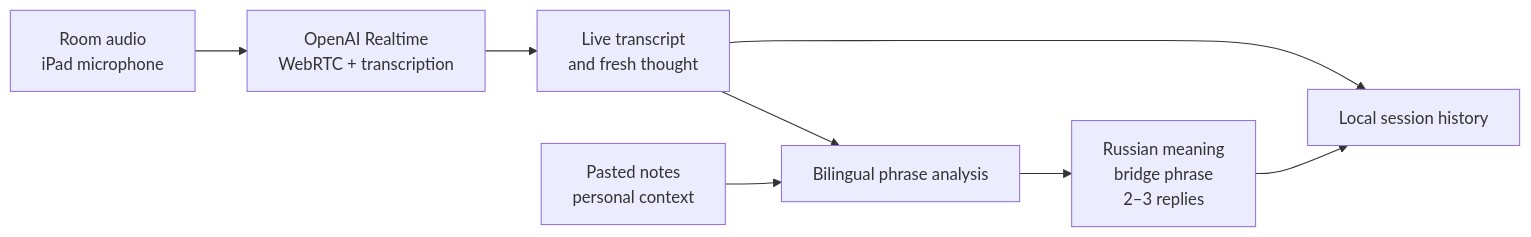
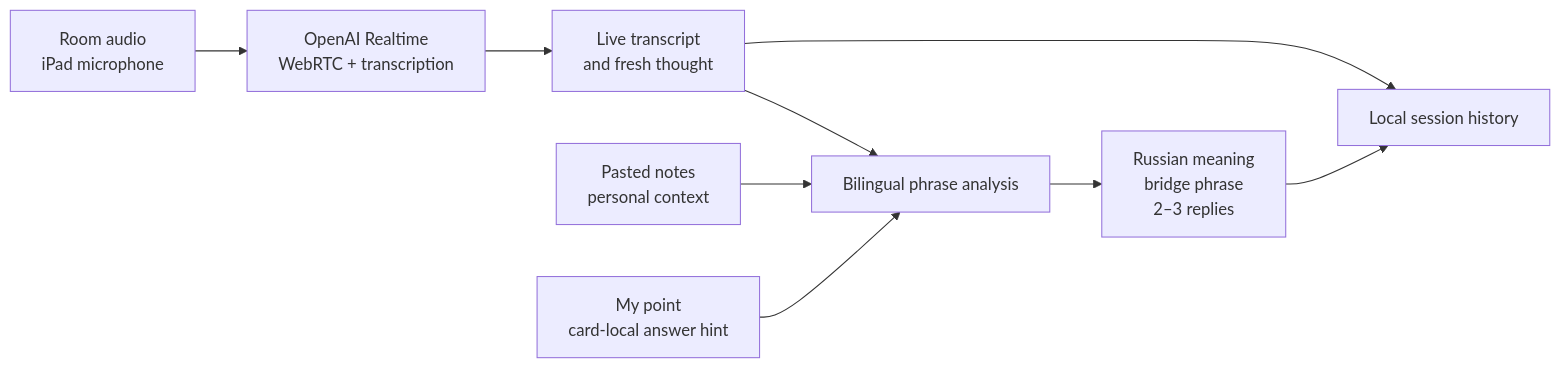
One commit to filimo/EchoGuide.ai changed the diagram in README.md. Above: the diagram before and after it, drawn with Mermaid. The commit also changed other lines of this file and 14 other files, not shown here.

First line of the commit message:
Add card-local answer hints

````diff
--- a/README.md
+++ b/README.md
@@ -48,10 +50,11 @@
 ```mermaid
 flowchart LR
     A["Room audio<br/>iPad microphone"] --> B["OpenAI Realtime<br/>WebRTC + transcription"]
     B --> C["Live transcript<br/>and fresh thought"]
     D["Pasted notes<br/>personal context"] --> E["Bilingual phrase analysis"]
+    P["My point<br/>card-local answer hint"] --> E
     C --> E
     E --> F["Russian meaning<br/>bridge phrase<br/>2–3 replies"]
     C --> G["Local session history"]
     F --> G
 ```
````
